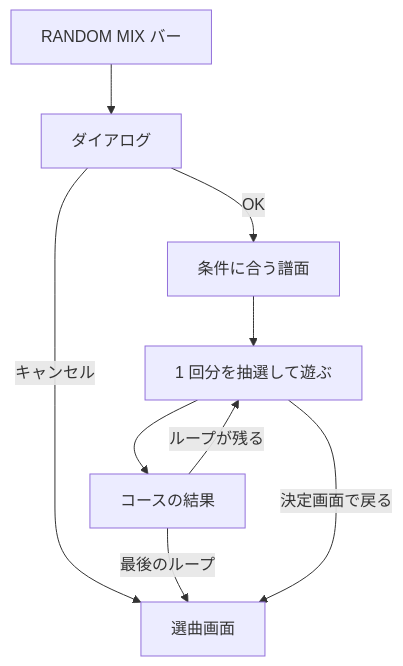
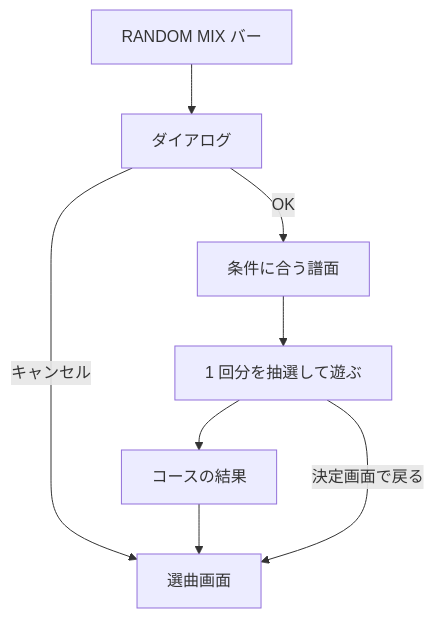
The eighth of 11 diagrams in docs/course.ja.md (nulltask/be-music), drawn with Mermaid before and after one commit. The commit also changed other lines of this file and 19 other files, not shown here.

First line of the commit message:
fix(app-play): lead a RANDOM MIX result back to the select screen

````diff
--- a/docs/course.ja.md
+++ b/docs/course.ja.md
@@ -285,11 +284,10 @@
 ```mermaid
 flowchart TD
     bar[RANDOM MIX バー] --> dialog[ダイアログ]
     dialog -->|キャンセル| select[選曲画面]
     dialog -->|OK| pool[条件に合う譜面]
     pool --> run[1 回分を抽選して遊ぶ]
     run --> result[コースの結果]
-    result -->|ループが残る| run
-    result -->|最後のループ| select
+    result --> select
     run -->|決定画面で戻る| select
 ```
````
